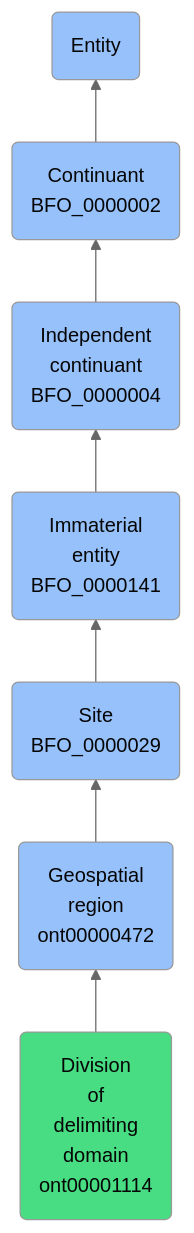
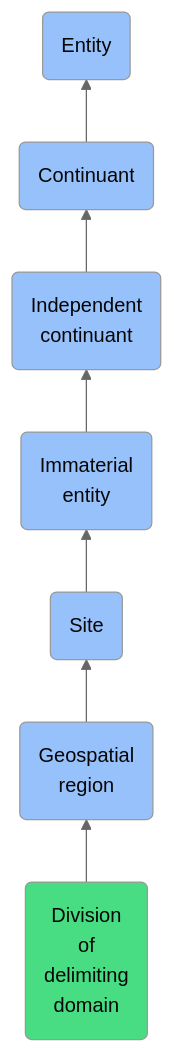
Before and after one commit to jupyter-naas/abi: the diagram in docs/ontology/reference/model/Entity/Continuant/Independent continuant/Immaterial entity/Site/Geospatial region/Division of delimiting domain/Division of delimiting domain.md, drawn with Mermaid (neutral theme). The commit also changed other lines of this file and 1430 other files, not shown here.

````diff
--- a/docs/ontology/reference/model/Entity/Continuant/Independent continuant/Immaterial entity/Site/Geospatial region/Division of delimiting domain/Division of delimiting domain.md
+++ b/docs/ontology/reference/model/Entity/Continuant/Independent continuant/Immaterial entity/Site/Geospatial region/Division of delimiting domain/Division of delimiting domain.md
@@ -24,14 +24,14 @@
 ```mermaid
 graph BT
-    ont00001114(Division<br>of<br>delimiting<br>domain<br>ont00001114):::ABI-->ont00000472
-    ont00000472(Geospatial<br>region<br>ont00000472):::BFO-->BFO_0000029
-    BFO_0000029(Site<br>BFO_0000029):::BFO-->BFO_0000141
-    BFO_0000141(Immaterial<br>entity<br>BFO_0000141):::BFO-->BFO_0000004
-    BFO_0000004(Independent<br>continuant<br>BFO_0000004):::BFO-->BFO_0000002
-    BFO_0000002(Continuant<br>BFO_0000002):::BFO-->BFO_0000001
+    ont00001114(Division<br>of<br>delimiting<br>domain):::ABI-->ont00000472
+    ont00000472(Geospatial<br>region):::BFO-->BFO_0000029
+    BFO_0000029(Site):::BFO-->BFO_0000141
+    BFO_0000141(Immaterial<br>entity):::BFO-->BFO_0000004
+    BFO_0000004(Independent<br>continuant):::BFO-->BFO_0000002
+    BFO_0000002(Continuant):::BFO-->BFO_0000001
     BFO_0000001(Entity):::BFO
     
     classDef BFO fill:#97c1fb,color:#060606
     classDef CCO fill:#e4c51e,color:#060606
     classDef ABI fill:#48DD82,color:#060606
 ```
````
